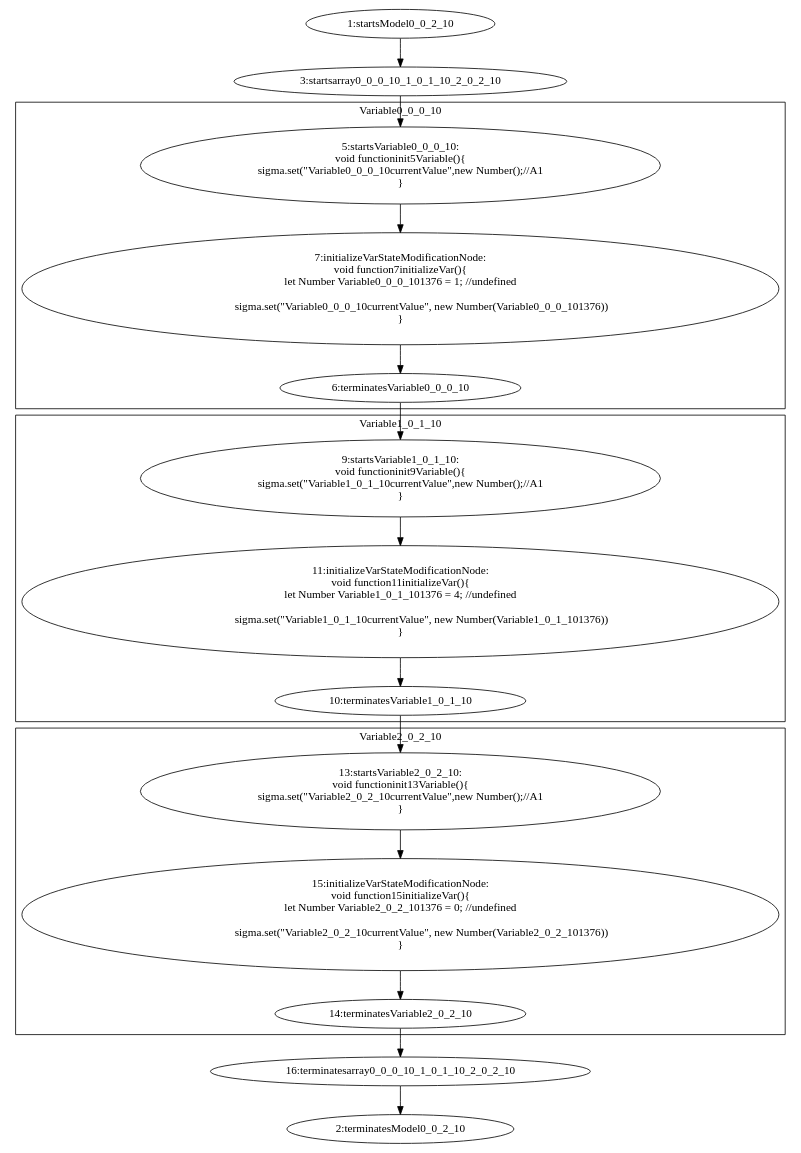
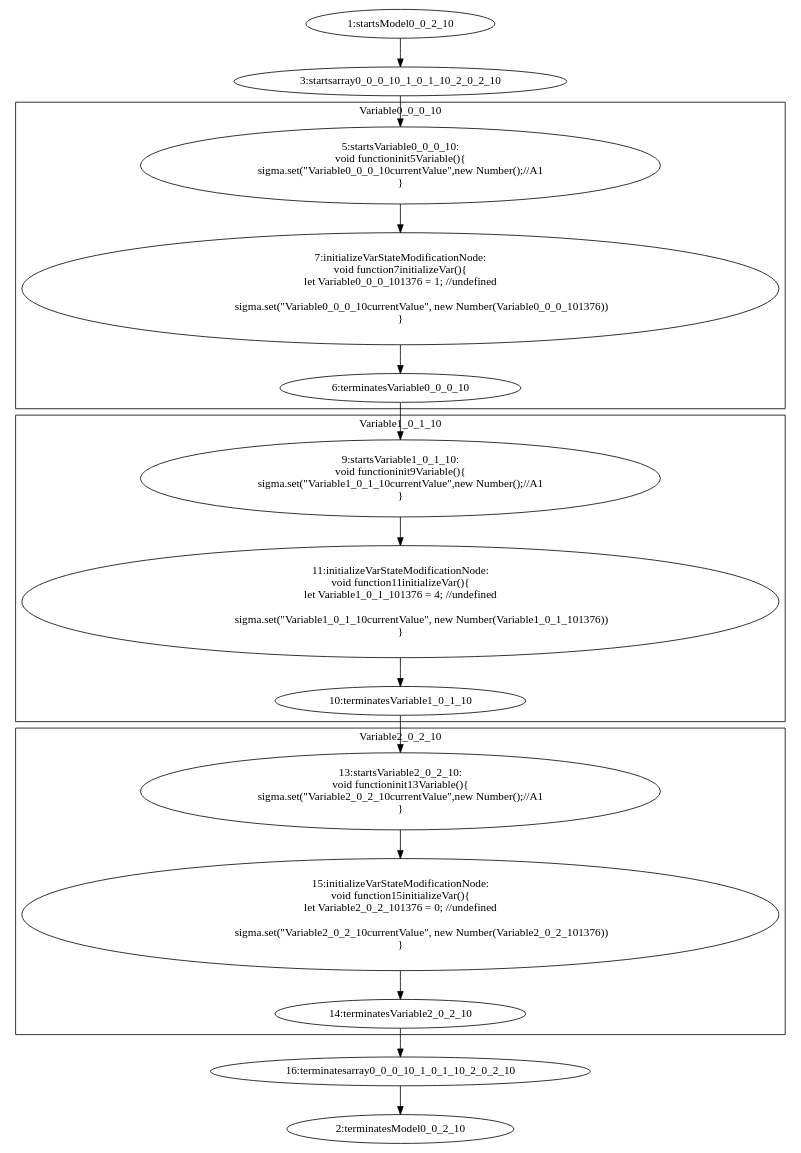
Before and after one commit to WWeishen/interpreterCCFG: the diagram in temp/generated/test1.dot, drawn with Graphviz. The commit also changed 7 other files, not shown here.

```diff
--- a/temp/generated/test1.dot
+++ b/temp/generated/test1.dot
@@ -1,60 +1,60 @@
 digraph G {
 subgraph cluster_4 {
 label = "Variable0_0_0_10";
   "5" [label="5:startsVariable0_0_0_10:
 void functioninit5Variable(){
 sigma.set(\"Variable0_0_0_10currentValue\",new Number();//A1
 }" shape="ellipse" ];
   "6" [label="6:terminatesVariable0_0_0_10" shape="ellipse" ];
   "7" [label="7:initializeVarStateModificationNode:
 void function7initializeVar(){
-let Number Variable0_0_0_101376 = 1; //undefined
+let Variable0_0_0_101376 = 1; //undefined
 
                 sigma.set(\"Variable0_0_0_10currentValue\", new Number(Variable0_0_0_101376))
 }" shape="ellipse" ];
 }
 subgraph cluster_8 {
 label = "Variable1_0_1_10";
   "9" [label="9:startsVariable1_0_1_10:
 void functioninit9Variable(){
 sigma.set(\"Variable1_0_1_10currentValue\",new Number();//A1
 }" shape="ellipse" ];
   "10" [label="10:terminatesVariable1_0_1_10" shape="ellipse" ];
   "11" [label="11:initializeVarStateModificationNode:
 void function11initializeVar(){
-let Number Variable1_0_1_101376 = 4; //undefined
+let Variable1_0_1_101376 = 4; //undefined
 
                 sigma.set(\"Variable1_0_1_10currentValue\", new Number(Variable1_0_1_101376))
 }" shape="ellipse" ];
 }
 subgraph cluster_12 {
 label = "Variable2_0_2_10";
   "13" [label="13:startsVariable2_0_2_10:
 void functioninit13Variable(){
 sigma.set(\"Variable2_0_2_10currentValue\",new Number();//A1
 }" shape="ellipse" ];
   "14" [label="14:terminatesVariable2_0_2_10" shape="ellipse" ];
   "15" [label="15:initializeVarStateModificationNode:
 void function15initializeVar(){
-let Number Variable2_0_2_101376 = 0; //undefined
+let Variable2_0_2_101376 = 0; //undefined
 
                 sigma.set(\"Variable2_0_2_10currentValue\", new Number(Variable2_0_2_101376))
 }" shape="ellipse" ];
 }
   "1" [label="1:startsModel0_0_2_10" shape="ellipse" ];
   "2" [label="2:terminatesModel0_0_2_10" shape="ellipse" ];
   "3" [label="3:startsarray0_0_0_10_1_0_1_10_2_0_2_10" shape="ellipse" ];
   "16" [label="16:terminatesarray0_0_0_10_1_0_1_10_2_0_2_10" shape="ellipse" ];
   "5" -> "7" [label=""];
   "7" -> "6" [label=""];
   "9" -> "11" [label=""];
   "11" -> "10" [label=""];
   "13" -> "15" [label=""];
   "15" -> "14" [label=""];
   "1" -> "3" [label=""];
   "3" -> "5" [label=""];
   "6" -> "9" [label=""];
   "10" -> "13" [label=""];
   "14" -> "16" [label=""];
   "16" -> "2" [label=""];
 }
```
